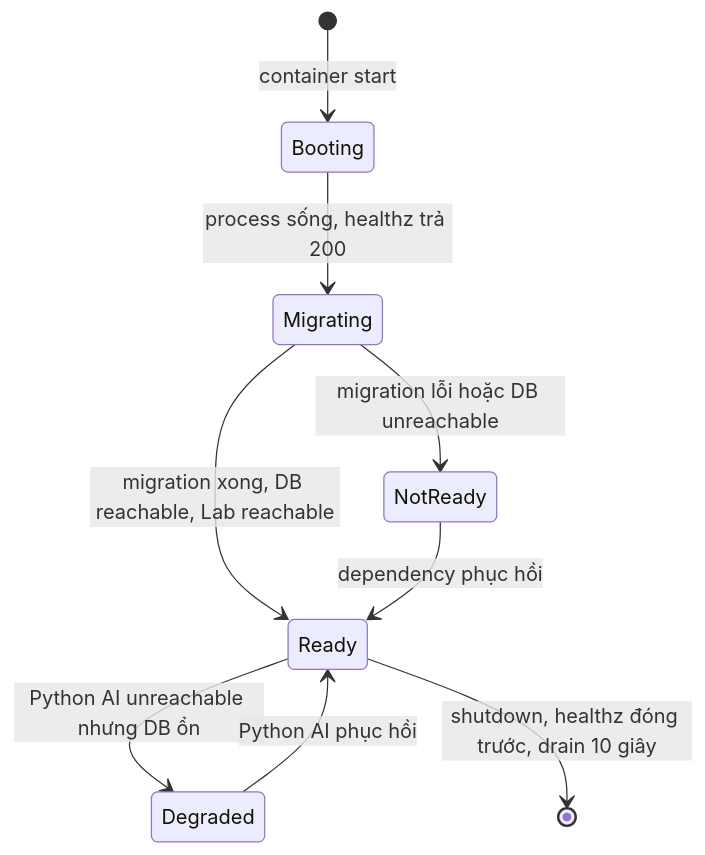
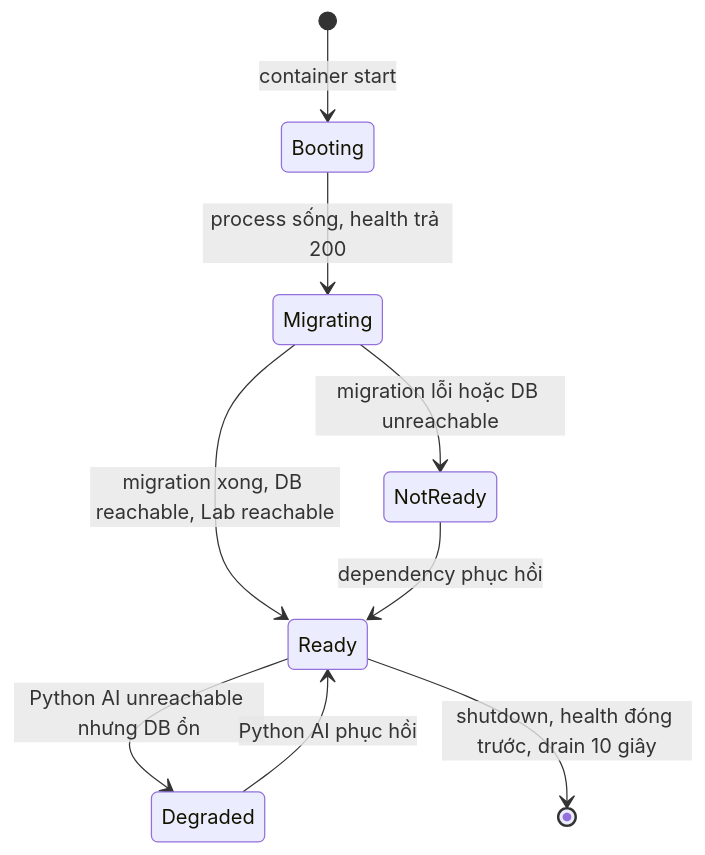
Before and after one commit to EnsoTech-Studio/CryptoBot: the second of 2 diagrams in blueprint/specs/observability.md, drawn with Mermaid. The commit also changed other lines of this file and 79 other files, not shown here.

````diff
--- a/blueprint/specs/observability.md
+++ b/blueprint/specs/observability.md
@@ -143,11 +143,11 @@
 ```mermaid
 stateDiagram-v2
     [*] --> Booting: container start
-    Booting --> Migrating: process sống, healthz trả 200
+    Booting --> Migrating: process sống, health trả 200
     Migrating --> Ready: migration xong, DB reachable, Lab reachable
     Migrating --> NotReady: migration lỗi hoặc DB unreachable
     NotReady --> Ready: dependency phục hồi
     Ready --> Degraded: Python AI unreachable nhưng DB ổn
     Degraded --> Ready: Python AI phục hồi
-    Ready --> [*]: shutdown, healthz đóng trước, drain 10 giây
+    Ready --> [*]: shutdown, health đóng trước, drain 10 giây
 ```
````
